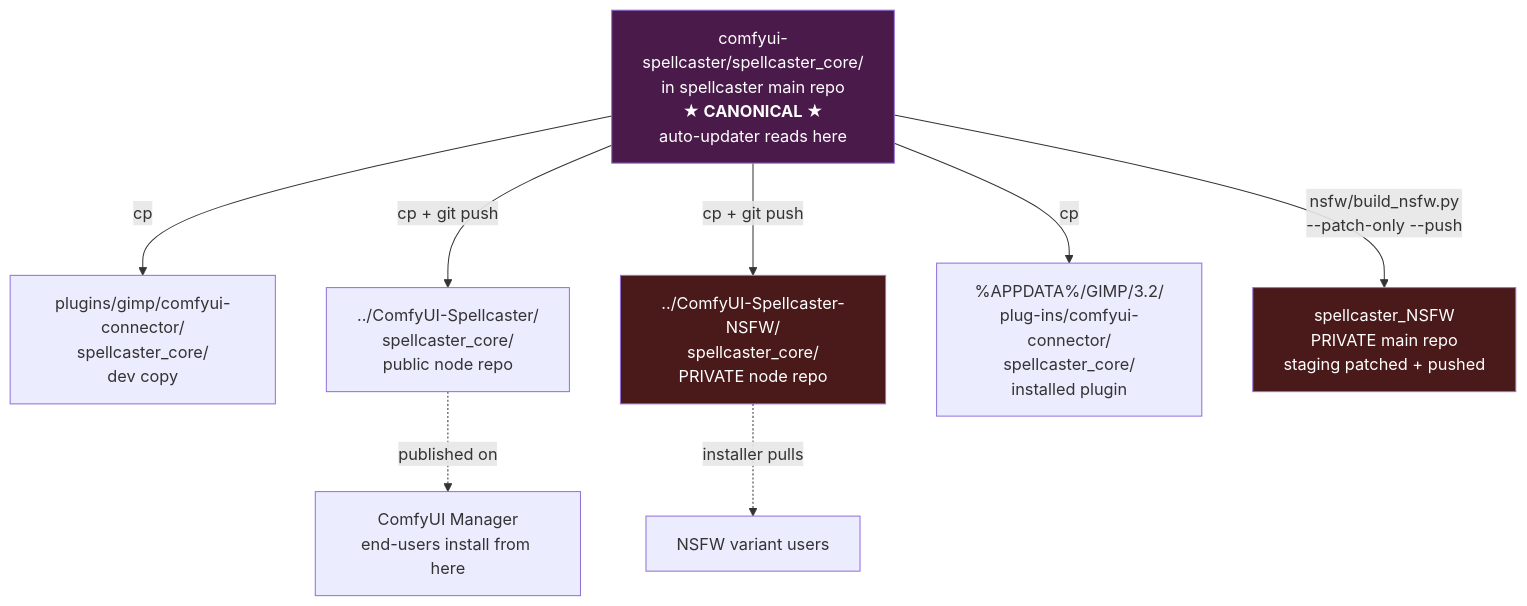
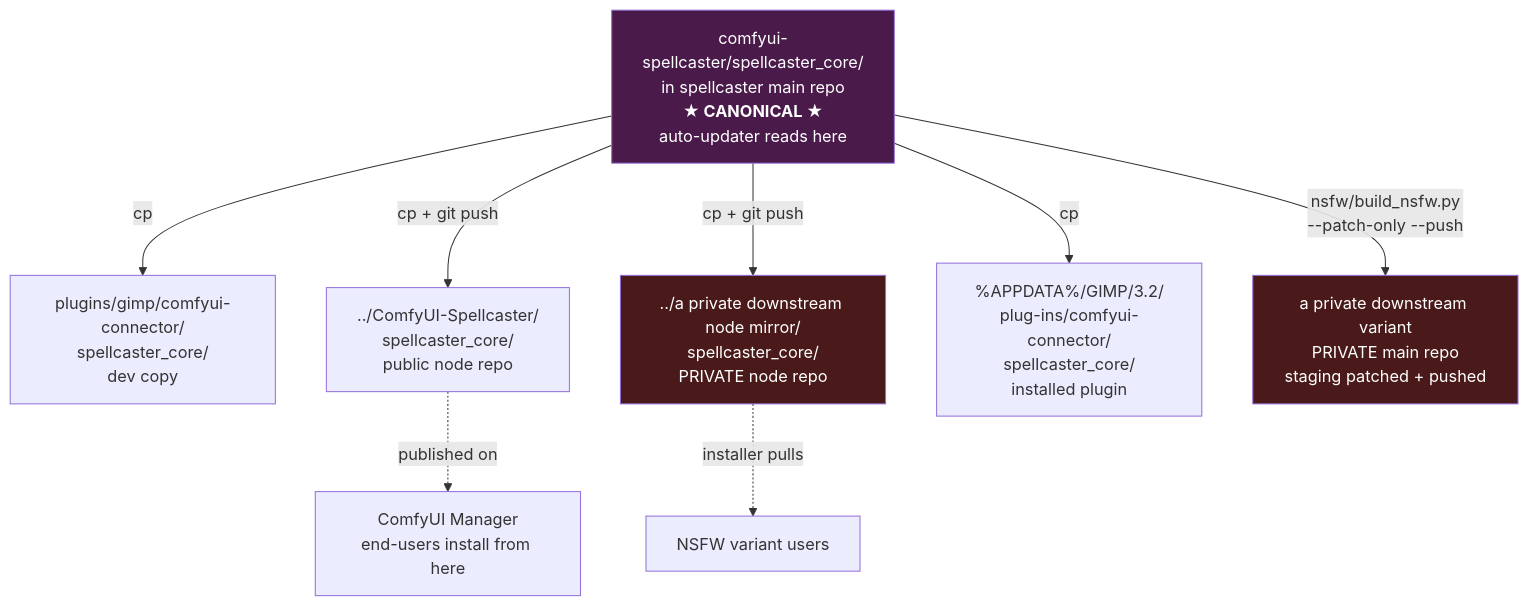
The fifth of 6 diagrams in DEEP_DIVE.md (laboratoiresonore/spellcaster), drawn with Mermaid before and after one commit. The commit also changed other lines of this file and 1 other file, not shown here.

First line of the commit message:
docs: genericize private-downstream-variant references in dev docs

````diff
--- a/DEEP_DIVE.md
+++ b/DEEP_DIVE.md
@@ -247,21 +247,21 @@
 ```mermaid
 flowchart TD
     CANON[comfyui-spellcaster/spellcaster_core/<br/>in spellcaster main repo<br/><b>★ CANONICAL ★</b><br/>auto-updater reads here]
 
     CANON -->|cp| GIMP_DEV[plugins/gimp/comfyui-connector/<br/>spellcaster_core/<br/>dev copy]
 
     CANON -->|cp + git push| NODE_PUB[../ComfyUI-Spellcaster/<br/>spellcaster_core/<br/>public node repo]
 
-    CANON -->|cp + git push| NODE_PRIV[../ComfyUI-Spellcaster-NSFW/<br/>spellcaster_core/<br/>PRIVATE node repo]
+    CANON -->|cp + git push| NODE_PRIV[../a private downstream node mirror/<br/>spellcaster_core/<br/>PRIVATE node repo]
 
     CANON -->|cp| GIMP_INST[%APPDATA%/GIMP/3.2/<br/>plug-ins/comfyui-connector/<br/>spellcaster_core/<br/>installed plugin]
 
-    CANON -->|nsfw/build_nsfw.py<br/>--patch-only --push| NSFW_REPO[spellcaster_NSFW<br/>PRIVATE main repo<br/>staging patched + pushed]
+    CANON -->|nsfw/build_nsfw.py<br/>--patch-only --push| NSFW_REPO[a private downstream variant<br/>PRIVATE main repo<br/>staging patched + pushed]
 
     NODE_PUB -.->|published on| COMFY_MGR[ComfyUI Manager<br/>end-users install from here]
     NODE_PRIV -.->|installer pulls| NSFW_USERS[NSFW variant users]
 
     style CANON fill:#4a1a4a,color:#fff
     style NSFW_REPO fill:#4a1a1a,color:#fff
     style NODE_PRIV fill:#4a1a1a,color:#fff
 ```
````
